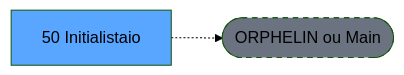
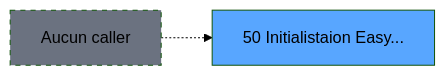
Before and after one commit to thonyAGP/magic-migration: the second of 3 diagrams in .openspec/specs/ADH-IDE-50.md, drawn with Mermaid (forest theme). The commit also changed other lines of this file and 311 other files, not shown here.

````diff
--- a/.openspec/specs/ADH-IDE-50.md
+++ b/.openspec/specs/ADH-IDE-50.md
@@ -121,8 +135,8 @@
 ```mermaid
 graph LR
-    T[50   Initialistaio]
-    ORPHAN([ORPHELIN ou Main])
-    T -.-> ORPHAN
-    style T fill:#58a6ff,color:#000
-    style ORPHAN fill:#6b7280,stroke-dasharray: 5 5
+    T50[50 Initialistaion Easy...]
+    style T50 fill:#58a6ff
+    NONE[Aucun caller]
+    NONE -.-> T50
+    style NONE fill:#6b7280,stroke-dasharray: 5 5
 ```
````
